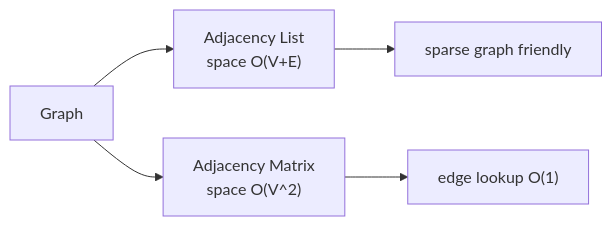
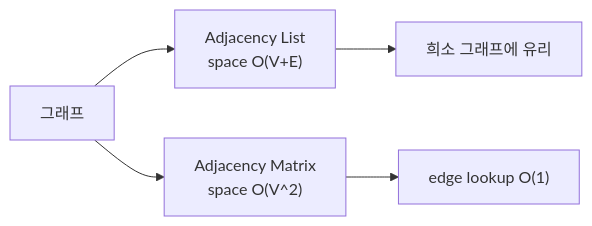
Before and after one commit to mandoobox/mandoobox.github.io: diagram 23 of 43 in _posts/cs-note/2026-02-27-data-structure.md, drawn with Mermaid. The commit also changed other lines of this file and 18 other files, not shown here.

````diff
--- a/_posts/cs-note/2026-02-27-data-structure.md
+++ b/_posts/cs-note/2026-02-27-data-structure.md
@@ -798,8 +798,8 @@
 ```mermaid
 flowchart LR
-  G[Graph]
+  G[그래프]
   G --> L["Adjacency List<br/>space O(V+E)"]
   G --> M["Adjacency Matrix<br/>space O(V^2)"]
-  L --> L1[sparse graph friendly]
+  L --> L1[희소 그래프에 유리]
   M --> M1["edge lookup O(1)"]
 ```
````
